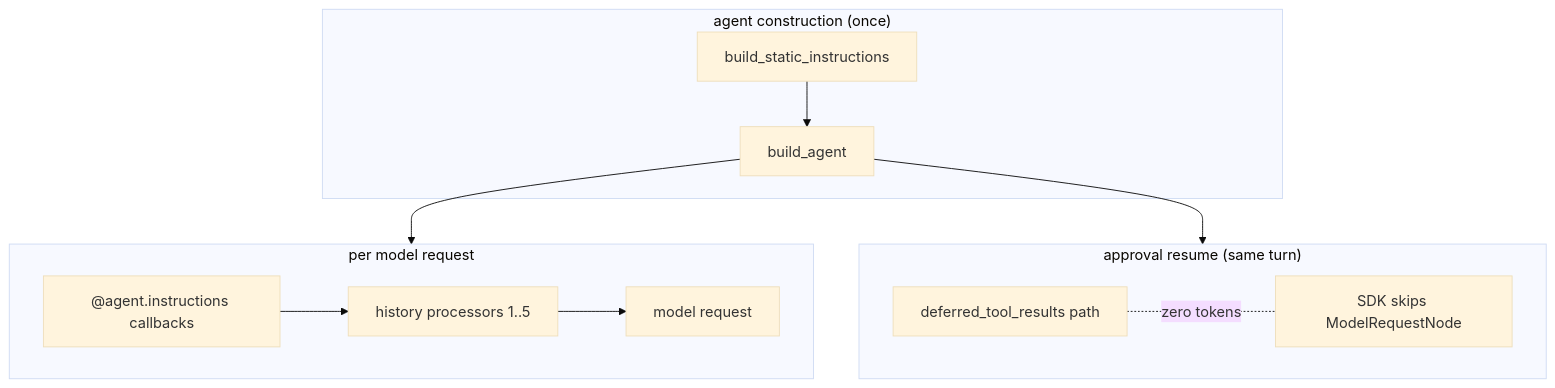
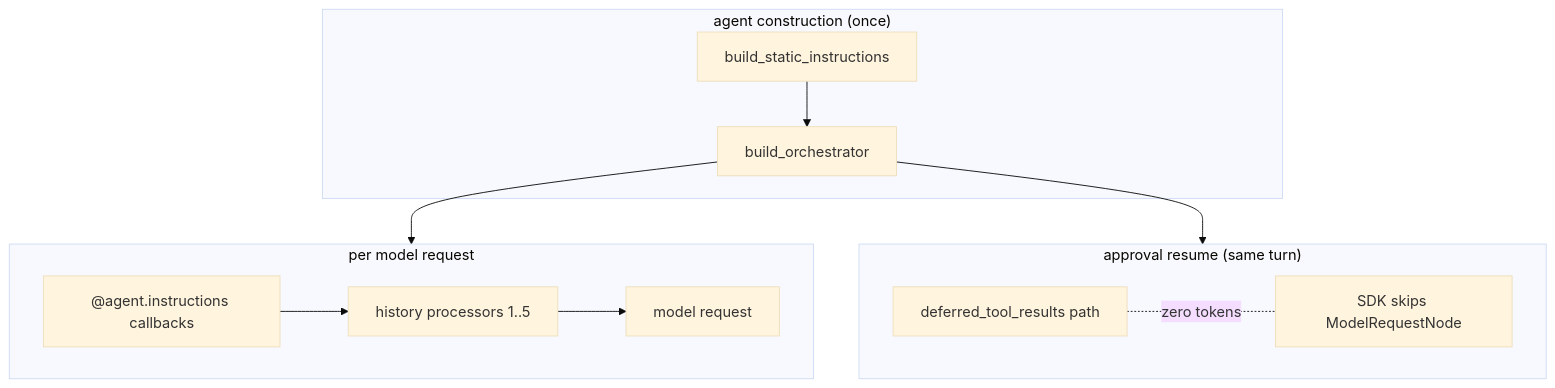
Before and after one commit to binlecode/co-cli: the diagram in docs/specs/prompt-assembly.md, drawn with Mermaid (base theme). The commit also changed other lines of this file and 14 other files, not shown here.

````diff
--- a/docs/specs/prompt-assembly.md
+++ b/docs/specs/prompt-assembly.md
@@ -14,24 +14,24 @@
 ```mermaid
 flowchart TD
     subgraph Build["agent construction (once)"]
         Static[build_static_instructions]
-        MainAgent[build_agent]
+        MainAgent[build_orchestrator]
         Static --> MainAgent
     end
 
     subgraph PerRequest["per model request"]
         Dynamic["@agent.instructions callbacks"]
         Processors["history processors 1..5"]
         Model[model request]
         Dynamic --> Processors --> Model
     end
 
     subgraph ResumeRequest["approval resume (same turn)"]
         ResumeModel["deferred_tool_results path"]
         ResumeNote["SDK skips ModelRequestNode"]
         ResumeModel -. zero tokens .- ResumeNote
     end
 
     MainAgent --> PerRequest
     MainAgent --> ResumeRequest
 ```
````
